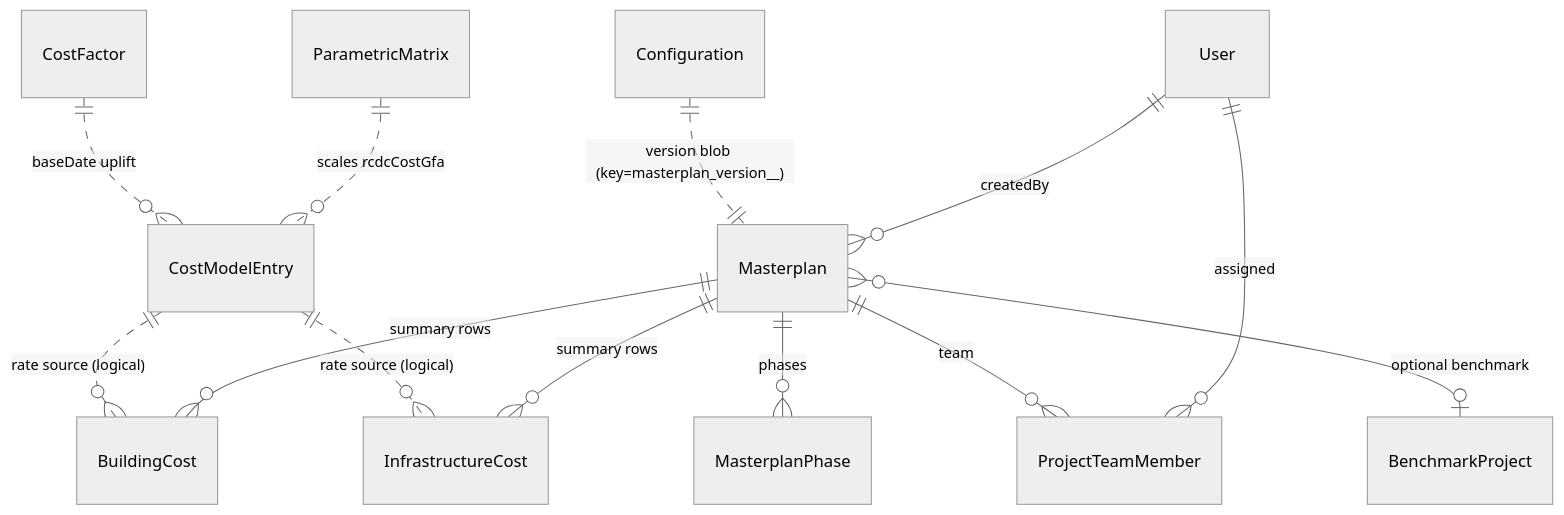
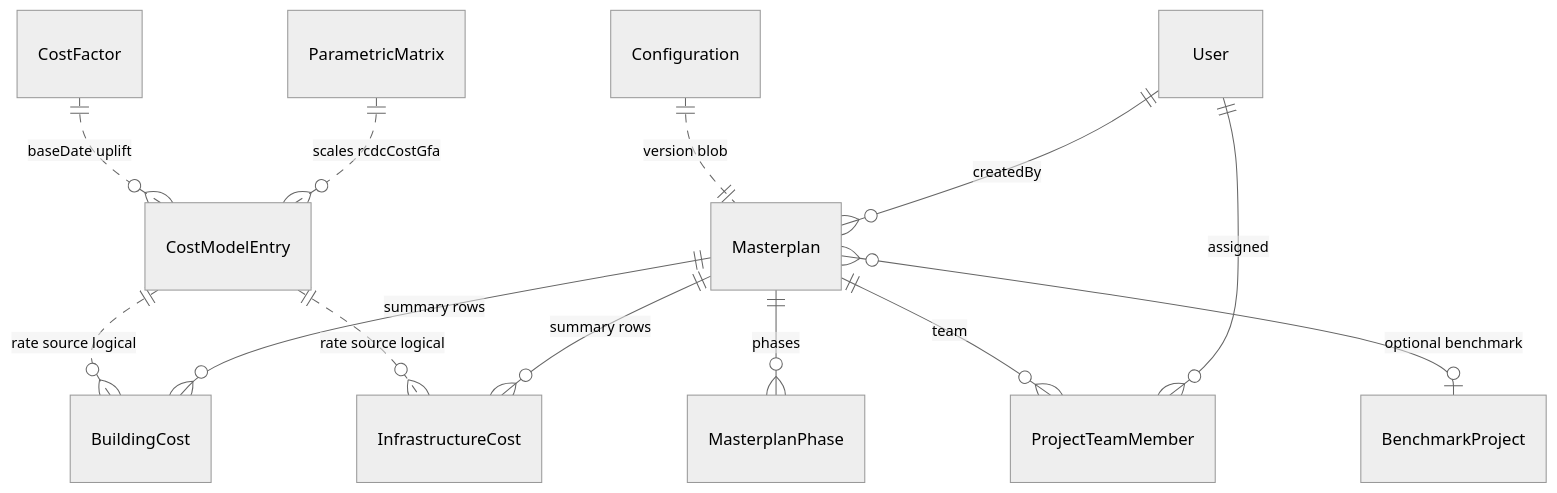
The first of 3 diagrams in docs/modules/costx.md (tajalagawani/BOQs-master), drawn with Mermaid (neutral theme) before and after one commit. The commit also changed other lines of this file and 8 other files, not shown here.

First line of the commit message:
fix(docs): mermaid 11 syntax across 18 diagrams in 9 module docs

````diff
--- a/docs/modules/costx.md
+++ b/docs/modules/costx.md
@@ -18,15 +18,15 @@
 ```mermaid
 erDiagram
     User ||--o{ Masterplan : "createdBy"
-    User ||--o{ ProjectTeamMember : assigned
+    User ||--o{ ProjectTeamMember : "assigned"
     Masterplan ||--o{ BuildingCost : "summary rows"
     Masterplan ||--o{ InfrastructureCost : "summary rows"
-    Masterplan ||--o{ MasterplanPhase : phases
-    Masterplan ||--o{ ProjectTeamMember : team
+    Masterplan ||--o{ MasterplanPhase : "phases"
+    Masterplan ||--o{ ProjectTeamMember : "team"
     Masterplan }o--o| BenchmarkProject : "optional benchmark"
-    CostModelEntry ||..o{ BuildingCost : "rate source (logical)"
-    CostModelEntry ||..o{ InfrastructureCost : "rate source (logical)"
+    CostModelEntry ||..o{ BuildingCost : "rate source logical"
+    CostModelEntry ||..o{ InfrastructureCost : "rate source logical"
     ParametricMatrix ||..o{ CostModelEntry : "scales rcdcCostGfa"
     CostFactor ||..o{ CostModelEntry : "baseDate uplift"
-    Configuration ||..|| Masterplan : "version blob (key=masterplan_version_<id>_<v>)"
+    Configuration ||..|| Masterplan : "version blob"
 ```
````
